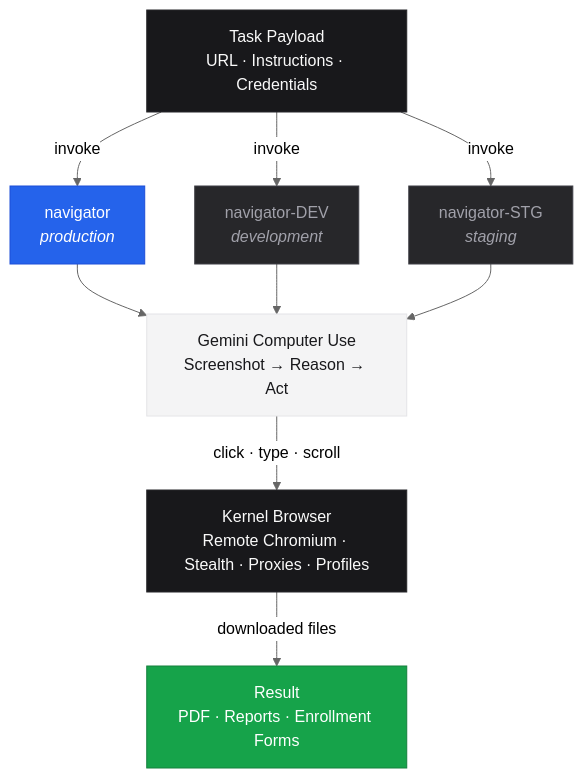
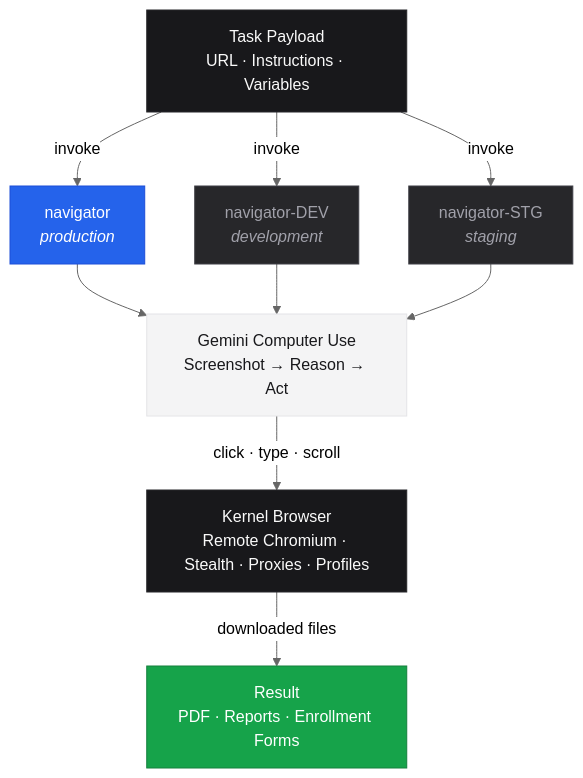
Before and after one commit to benbase/ts-stagehand-google-cua-agent: the diagram in README.md, drawn with Mermaid (neutral theme). The commit also changed other lines of this file and 40 other files, not shown here.

````diff
--- a/README.md
+++ b/README.md
@@ -85,24 +91,24 @@
 ```mermaid
 flowchart TD
-    P["Task Payload<br/>URL · Instructions · Credentials"]
+    P["Task Payload<br/>URL · Instructions · Variables"]
 
     P -->|invoke| NAV["navigator<br/><i>production</i>"]
     P -->|invoke| DEV["navigator-DEV<br/><i>development</i>"]
     P -->|invoke| STG["navigator-STG<br/><i>staging</i>"]
 
     NAV --> GEM["Gemini Computer Use<br/>Screenshot → Reason → Act"]
     DEV --> GEM
     STG --> GEM
 
     GEM -->|click · type · scroll| K["Kernel Browser<br/>Remote Chromium · Stealth · Proxies · Profiles"]
 
     K -->|downloaded files| R["Result<br/>PDF · Reports · Enrollment Forms"]
 
     style P fill:#18181b,stroke:#27272a,color:#fafafa
     style NAV fill:#2563eb,stroke:#1d4ed8,color:#fff
     style DEV fill:#27272a,stroke:#3f3f46,color:#a1a1aa
     style STG fill:#27272a,stroke:#3f3f46,color:#a1a1aa
     style GEM fill:#f4f4f5,stroke:#e4e4e7,color:#18181b
     style K fill:#18181b,stroke:#27272a,color:#fafafa
     style R fill:#16a34a,stroke:#15803d,color:#fff
 ```
````
